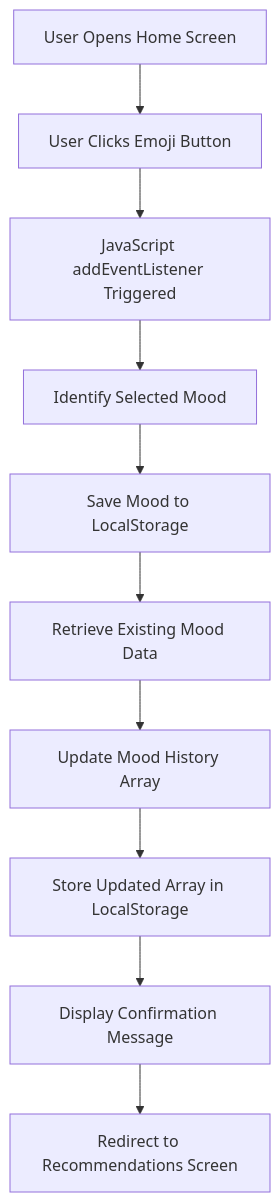
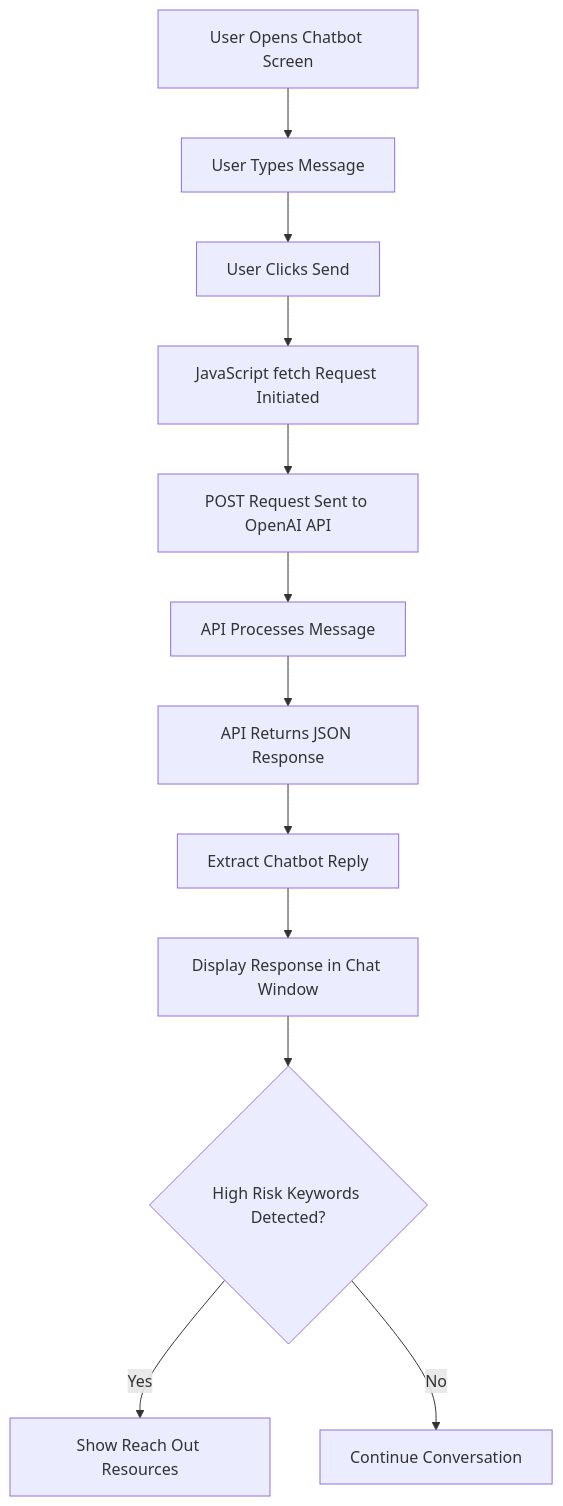
The diagram in README.md (stc-ogc/ois), drawn with Mermaid before and after one commit.

````diff
--- a/README.md
+++ b/README.md
@@ -1,12 +1,14 @@
 ```mermaid
 flowchart TD
-    A[User Opens Home Screen] --> B[User Clicks Emoji Button]
-    B --> C[JavaScript addEventListener Triggered]
-    C --> D[Identify Selected Mood]
-    D --> E[Save Mood to LocalStorage]
-    E --> F[Retrieve Existing Mood Data]
-    F --> G[Update Mood History Array]
-    G --> H[Store Updated Array in LocalStorage]
-    H --> I[Display Confirmation Message]
-    I --> J[Redirect to Recommendations Screen]
+    A[User Opens Chatbot Screen] --> B[User Types Message]
+    B --> C[User Clicks Send]
+    C --> D[JavaScript fetch Request Initiated]
+    D --> E[POST Request Sent to OpenAI API]
+    E --> F[API Processes Message]
+    F --> G[API Returns JSON Response]
+    G --> H[Extract Chatbot Reply]
+    H --> I[Display Response in Chat Window]
+    I --> J{High Risk Keywords Detected?}
+    J -- Yes --> K[Show Reach Out Resources]
+    J -- No --> L[Continue Conversation]
 ```
````
